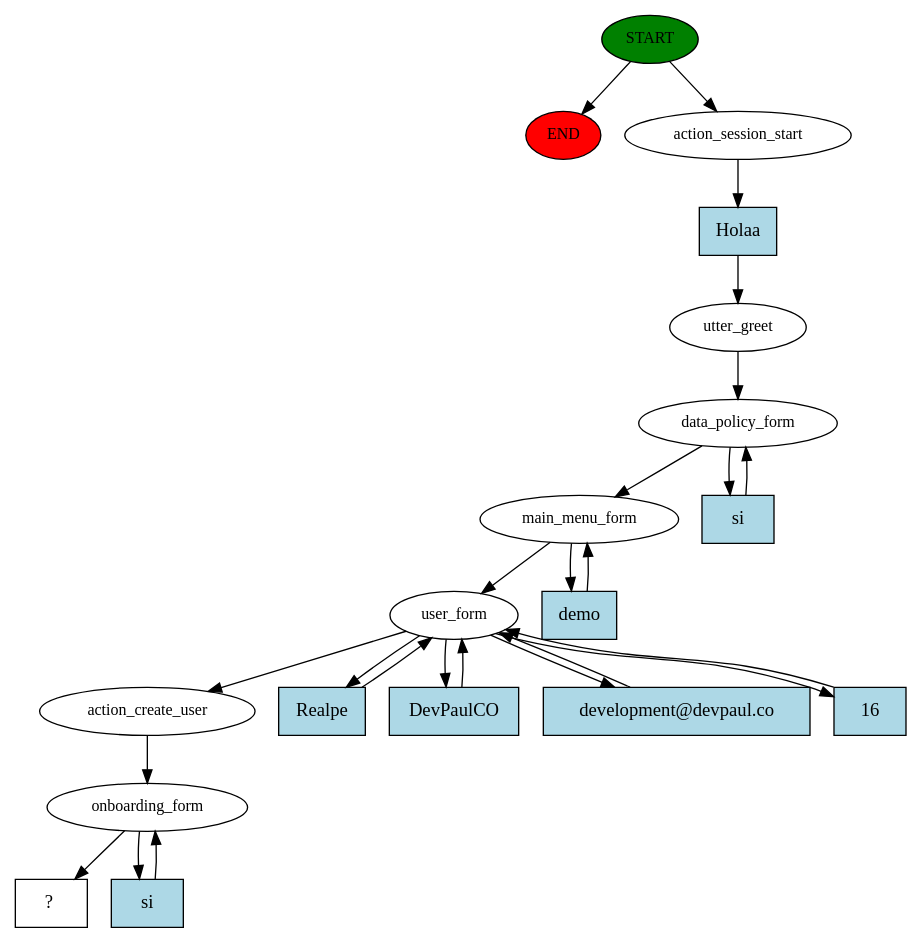
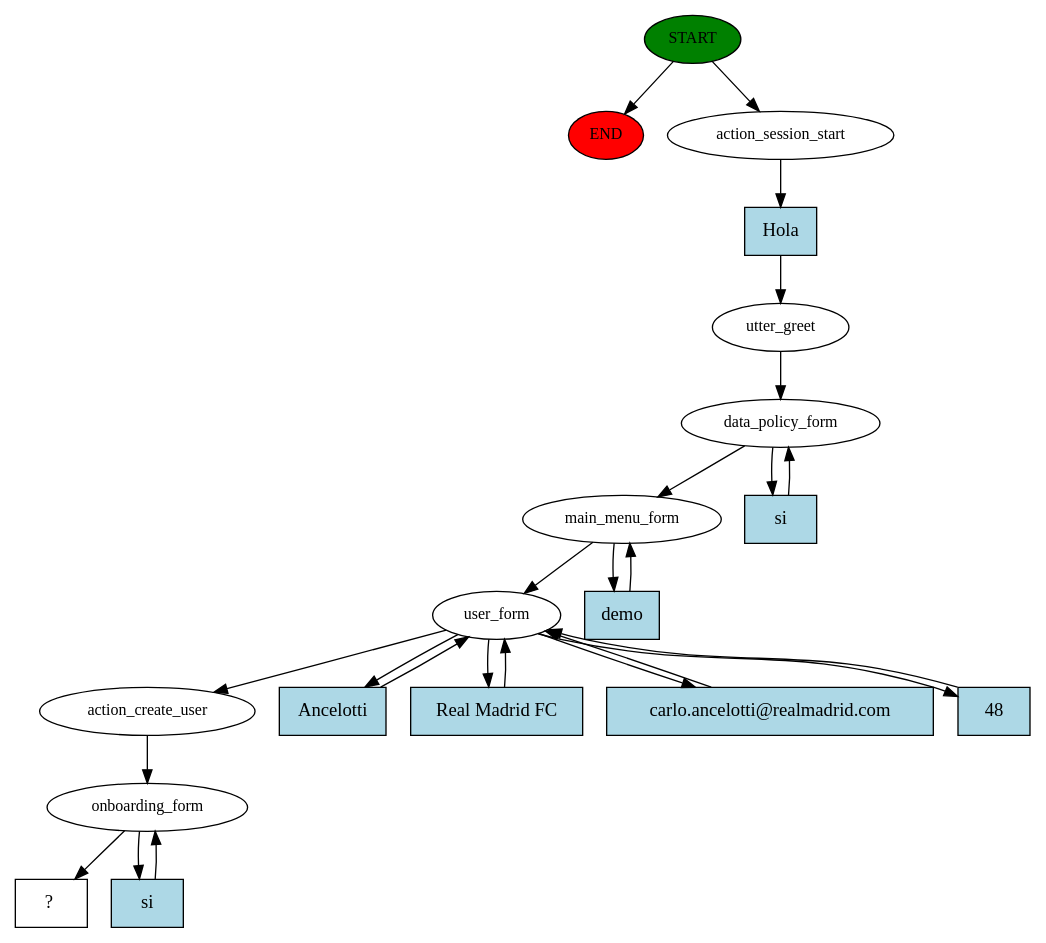
Before and after one commit to carlosfrubio/doit.cara_comercial: the diagram in story_graph.dot, drawn with Graphviz. The commit also changed 4 other files, not shown here.

```diff
--- a/story_graph.dot
+++ b/story_graph.dot
@@ -1,44 +1,44 @@
 digraph  {
 0 [class="start active", fillcolor=green, fontsize=12, label=START, style=filled];
 "-1" [class=end, fillcolor=red, fontsize=12, label=END, style=filled];
 1 [class=active, fontsize=12, label=action_session_start];
 2 [class=active, fontsize=12, label=utter_greet];
 3 [class=active, fontsize=12, label=data_policy_form];
 5 [class=active, fontsize=12, label=main_menu_form];
 7 [class=active, fontsize=12, label=user_form];
 13 [class=active, fontsize=12, label=action_create_user];
 14 [class=active, fontsize=12, label=onboarding_form];
 18 [class="intent dashed active", label="  ?  ", shape=rect];
-19 [class="intent active", fillcolor=lightblue, label=Holaa, shape=rect, style=filled];
+19 [class="intent active", fillcolor=lightblue, label=Hola, shape=rect, style=filled];
 20 [class="intent active", fillcolor=lightblue, label=si, shape=rect, style=filled];
 21 [class="intent active", fillcolor=lightblue, label=demo, shape=rect, style=filled];
-22 [class="intent active", fillcolor=lightblue, label=Realpe, shape=rect, style=filled];
-23 [class="intent active", fillcolor=lightblue, label=DevPaulCO, shape=rect, style=filled];
-24 [class="intent active", fillcolor=lightblue, label="development@devpaul.co", shape=rect, style=filled];
-25 [class="intent active", fillcolor=lightblue, label=16, shape=rect, style=filled];
+22 [class="intent active", fillcolor=lightblue, label=Ancelotti, shape=rect, style=filled];
+23 [class="intent active", fillcolor=lightblue, label="Real Madrid FC", shape=rect, style=filled];
+24 [class="intent active", fillcolor=lightblue, label="carlo.ancelotti@realmadrid.com", shape=rect, style=filled];
+25 [class="intent active", fillcolor=lightblue, label=48, shape=rect, style=filled];
 26 [class="intent active", fillcolor=lightblue, label=si, shape=rect, style=filled];
 0 -> "-1"  [class="", key=NONE, label=""];
 0 -> 1  [class=active, key=NONE, label=""];
 1 -> 19  [class=active, key=0];
 2 -> 3  [class=active, key=NONE, label=""];
 3 -> 5  [class=active, key=NONE, label=""];
 3 -> 20  [class=active, key=0];
 5 -> 7  [class=active, key=NONE, label=""];
 5 -> 21  [class=active, key=0];
 7 -> 13  [class=active, key=NONE, label=""];
 7 -> 22  [class=active, key=0];
 7 -> 23  [class=active, key=0];
 7 -> 24  [class=active, key=0];
 7 -> 25  [class=active, key=0];
 13 -> 14  [class=active, key=NONE, label=""];
 14 -> 18  [class=active, key=NONE, label=""];
 14 -> 26  [class=active, key=0];
 19 -> 2  [class=active, key=0];
 20 -> 3  [class=active, key=0];
 21 -> 5  [class=active, key=0];
 22 -> 7  [class=active, key=0];
 23 -> 7  [class=active, key=0];
 24 -> 7  [class=active, key=0];
 25 -> 7  [class=active, key=0];
 26 -> 14  [class=active, key=0];
 }
```
